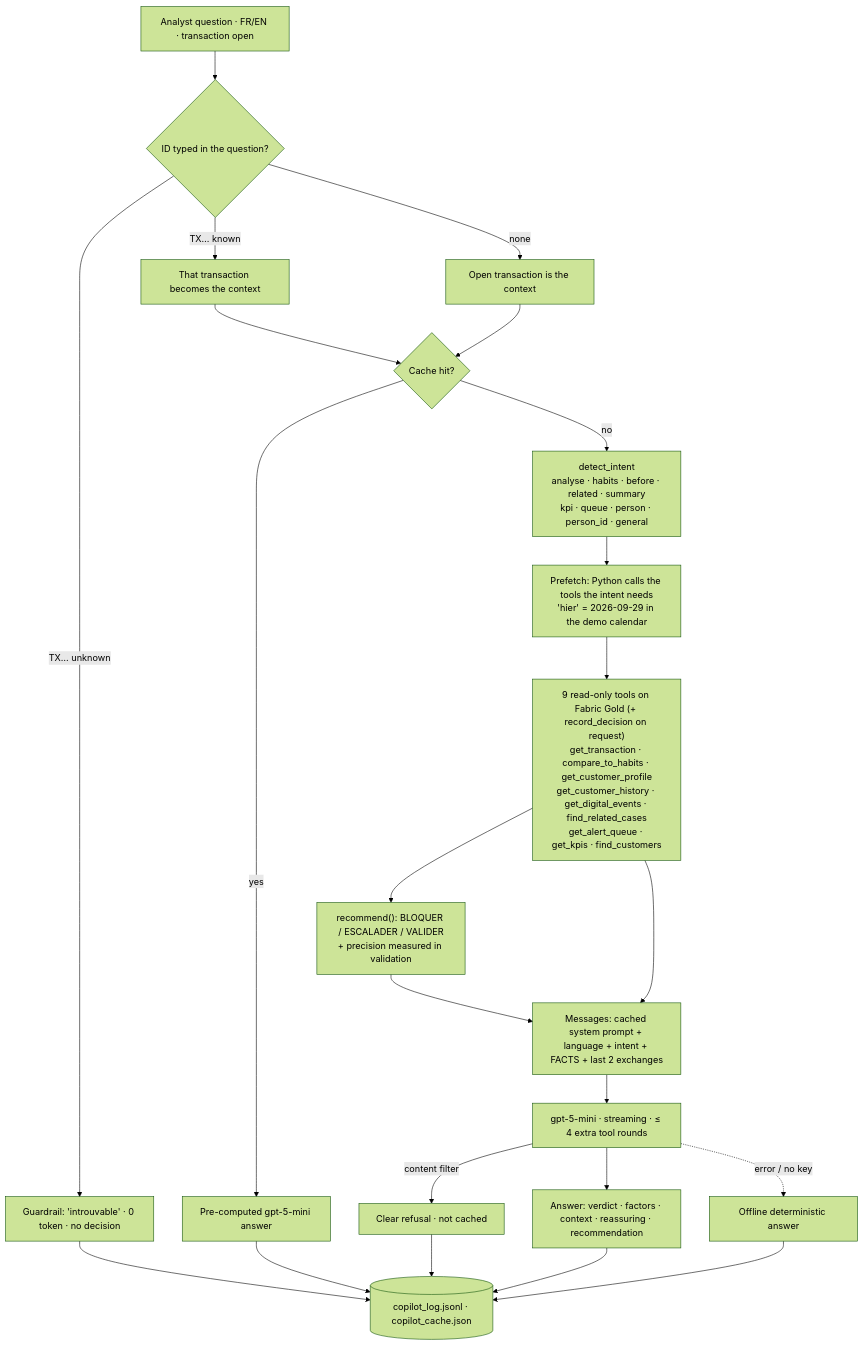
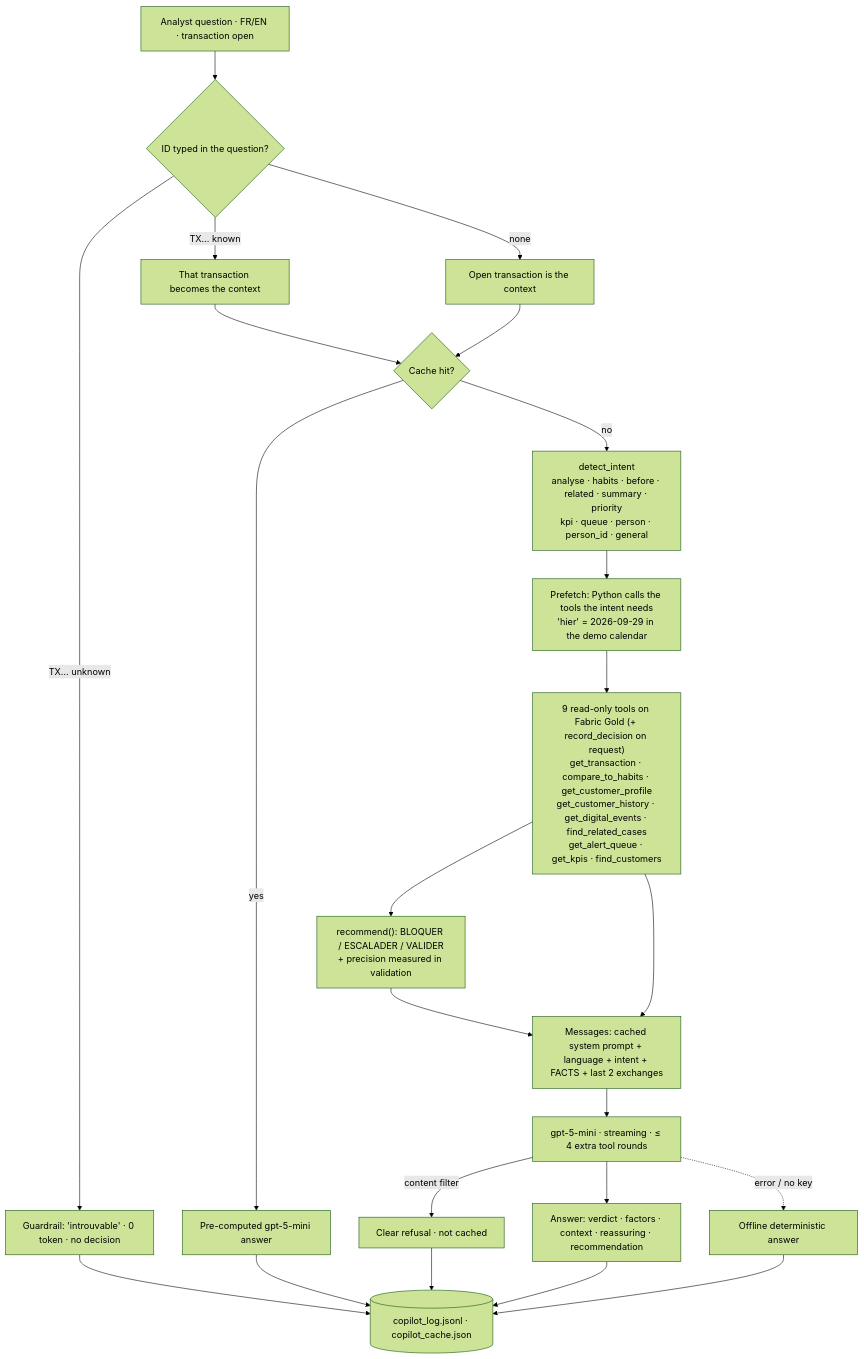
Before and after one commit to hack-australiaeast-01/hyson-detector: the first of 4 diagrams in docs/diagrams/3_ai_pipelines_part1.md, drawn with Mermaid (forest theme). The commit also changed 29 other files, not shown here.

Commit message:
Fairness by segment/age (robustness page), 'priority' copilot intent (brief §9.7), 4 more golden questions, model card, pytest suite (30 page renders FR/EN + 14 data/model/guardrail tests), 3D shield asset

````diff
--- a/docs/diagrams/3_ai_pipelines_part1.md
+++ b/docs/diagrams/3_ai_pipelines_part1.md
@@ -7,19 +7,19 @@
 ```mermaid
 flowchart TD
     Q["Analyst question · FR/EN · transaction open"] --> ID{"ID typed in the question?"}
     ID -- "TX… unknown" --> NF["Guardrail: 'introuvable' · 0 token · no decision"]
     ID -- "TX… known" --> CTX["That transaction becomes the context"]
     ID -- "none" --> CTX2["Open transaction is the context"]
     CTX & CTX2 --> K{"Cache hit?"}
     K -- yes --> CA["Pre-computed gpt-5-mini answer"]
-    K -- no --> I["detect_intent<br/>analyse · habits · before · related · summary<br/>kpi · queue · person · person_id · general"]
+    K -- no --> I["detect_intent<br/>analyse · habits · before · related · summary · priority<br/>kpi · queue · person · person_id · general"]
     I --> P["Prefetch: Python calls the tools the intent needs<br/>'hier' = 2026-09-29 in the demo calendar"]
     P --> T["9 read-only tools on Fabric Gold (+ record_decision on request)<br/>get_transaction · compare_to_habits · get_customer_profile<br/>get_customer_history · get_digital_events · find_related_cases<br/>get_alert_queue · get_kpis · find_customers"]
     T --> RC["recommend(): BLOQUER / ESCALADER / VALIDER<br/>+ precision measured in validation"]
     T & RC --> M["Messages: cached system prompt + language + intent + FACTS + last 2 exchanges"]
     M --> LLM["gpt-5-mini · streaming · ≤ 4 extra tool rounds"]
     LLM -- "content filter" --> REF["Clear refusal · not cached"]
     LLM --> A["Answer: verdict · factors · context · reassuring · recommendation"]
     LLM -. "error / no key" .-> OFF["Offline deterministic answer"]
     A & CA & NF & OFF & REF --> LOG[("copilot_log.jsonl · copilot_cache.json")]
 ```
````
